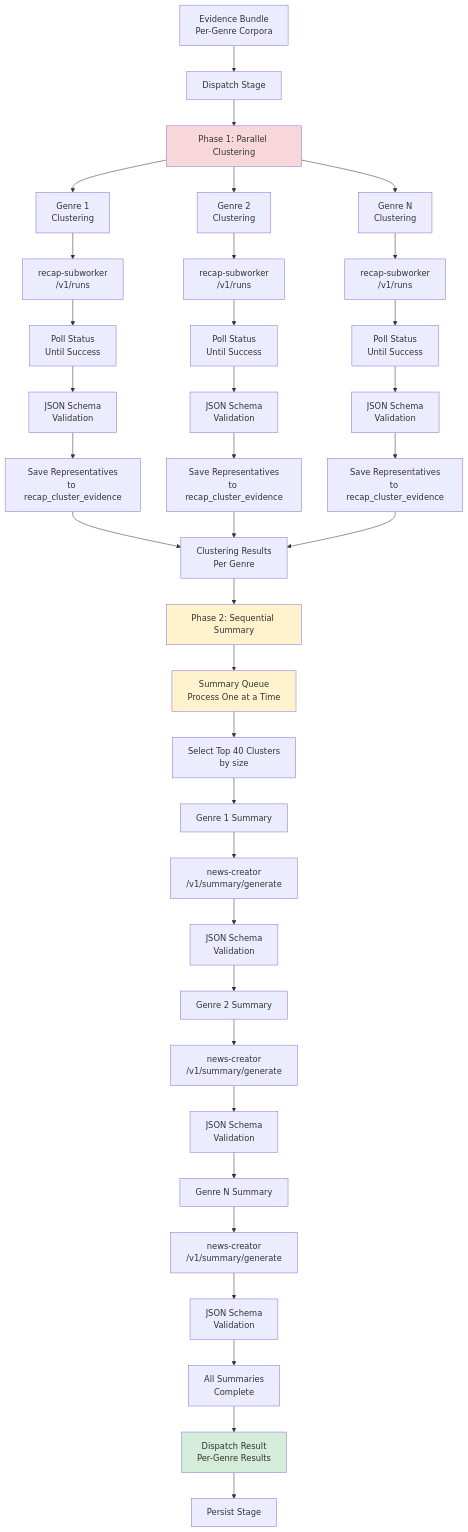
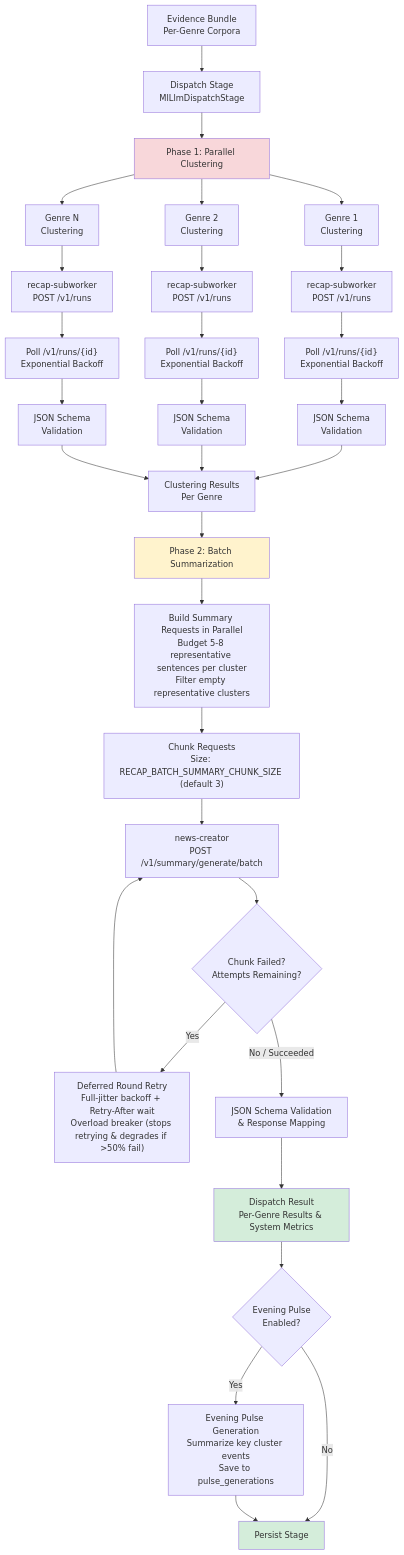
Before and after one commit to Kaikei-e/Alt: the third of 6 diagrams in recap-worker/recap-worker/PIPELINE_FLOW.md, drawn with Mermaid. The commit also changed other lines of this file and 4 other files, not shown here.

Commit message:
docs: refresh architecture, recap pipeline and testing diagrams

````diff
--- a/recap-worker/recap-worker/PIPELINE_FLOW.md
+++ b/recap-worker/recap-worker/PIPELINE_FLOW.md
@@ -155,58 +167,54 @@
 ```mermaid
 flowchart TB
-    Evidence[Evidence Bundle<br/>Per-Genre Corpora] --> Dispatch[Dispatch Stage]
+    Evidence["Evidence Bundle<br/>Per-Genre Corpora"] --> Dispatch["Dispatch Stage<br/>MlLlmDispatchStage"]
 
-    Dispatch --> Phase1[Phase 1: Parallel Clustering]
+    Dispatch --> Phase1["Phase 1: Parallel Clustering"]
 
-    Phase1 --> Genre1[Genre 1<br/>Clustering]
-    Phase1 --> Genre2[Genre 2<br/>Clustering]
-    Phase1 --> GenreN[Genre N<br/>Clustering]
+    Phase1 --> Genre1["Genre 1<br/>Clustering"]
+    Phase1 --> Genre2["Genre 2<br/>Clustering"]
+    Phase1 --> GenreN["Genre N<br/>Clustering"]
 
-    Genre1 --> Subworker1[recap-subworker<br/>/v1/runs]
-    Genre2 --> Subworker2[recap-subworker<br/>/v1/runs]
-    GenreN --> SubworkerN[recap-subworker<br/>/v1/runs]
+    Genre1 --> Subworker1["recap-subworker<br/>POST /v1/runs"]
+    Genre2 --> Subworker2["recap-subworker<br/>POST /v1/runs"]
+    GenreN --> SubworkerN["recap-subworker<br/>POST /v1/runs"]
 
-    Subworker1 --> Poll1[Poll Status<br/>Until Success]
-    Subworker2 --> Poll2[Poll Status<br/>Until Success]
-    SubworkerN --> PollN[Poll Status<br/>Until Success]
+    Subworker1 --> Poll1["Poll /v1/runs/{id}<br/>Exponential Backoff"]
+    Subworker2 --> Poll2["Poll /v1/runs/{id}<br/>Exponential Backoff"]
+    SubworkerN --> PollN["Poll /v1/runs/{id}<br/>Exponential Backoff"]
 
-    Poll1 --> Validate1[JSON Schema<br/>Validation]
-    Poll2 --> Validate2[JSON Schema<br/>Validation]
-    PollN --> ValidateN[JSON Schema<br/>Validation]
+    Poll1 --> Validate1["JSON Schema<br/>Validation"]
+    Poll2 --> Validate2["JSON Schema<br/>Validation"]
+    PollN --> ValidateN["JSON Schema<br/>Validation"]
 
-    Validate1 --> SaveEvidence1[Save Representatives<br/>to recap_cluster_evidence]
-    Validate2 --> SaveEvidence2[Save Representatives<br/>to recap_cluster_evidence]
-    ValidateN --> SaveEvidenceN[Save Representatives<br/>to recap_cluster_evidence]
+    Validate1 --> ClusterResults["Clustering Results<br/>Per Genre"]
+    Validate2 --> ClusterResults
+    ValidateN --> ClusterResults
 
-    SaveEvidence1 --> ClusterResults[Clustering Results<br/>Per Genre]
-    SaveEvidence2 --> ClusterResults
-    SaveEvidenceN --> ClusterResults
+    ClusterResults --> Phase2["Phase 2: Batch Summarization"]
 
-    ClusterResults --> Phase2[Phase 2: Sequential Summary]
+    Phase2 --> BuildRequests["Build Summary Requests in Parallel<br/>Budget 5-8 representative sentences per cluster<br/>Filter empty representative clusters"]
 
-    Phase2 --> Queue[Summary Queue<br/>Process One at a Time]
+    BuildRequests --> ChunkRequests["Chunk Requests<br/>Size: RECAP_BATCH_SUMMARY_CHUNK_SIZE (default 3)"]
 
-    Queue --> SelectTop[Select Top 40 Clusters<br/>by size]
+    ChunkRequests --> BatchCall["news-creator<br/>POST /v1/summary/generate/batch"]
 
-    SelectTop --> Summary1[Genre 1 Summary]
-    Summary1 --> NewsCreator1[news-creator<br/>/v1/summary/generate]
-    NewsCreator1 --> ValidateSum1[JSON Schema<br/>Validation]
-    ValidateSum1 --> Summary2[Genre 2 Summary]
+    BatchCall --> DeferredCheck{"Chunk Failed?<br/>Attempts Remaining?"}
 
-    Summary2 --> NewsCreator2[news-creator<br/>/v1/summary/generate]
-    NewsCreator2 --> ValidateSum2[JSON Schema<br/>Validation]
-    ValidateSum2 --> SummaryN[Genre N Summary]
+    DeferredCheck -->|Yes| DeferredRetry["Deferred Round Retry<br/>Full-jitter backoff + Retry-After wait<br/>Overload breaker (stops retrying &amp; degrades if &gt;50% fail)"]
+    DeferredRetry --> BatchCall
 
-    SummaryN --> NewsCreatorN[news-creator<br/>/v1/summary/generate]
-    NewsCreatorN --> ValidateSumN[JSON Schema<br/>Validation]
-    ValidateSumN --> AllSummaries[All Summaries<br/>Complete]
+    DeferredCheck -->|No / Succeeded| ValidateBatch["JSON Schema Validation<br/>&amp; Response Mapping"]
 
-    AllSummaries --> DispatchResult[Dispatch Result<br/>Per-Genre Results]
+    ValidateBatch --> DispatchResult["Dispatch Result<br/>Per-Genre Results &amp; System Metrics"]
 
-    DispatchResult --> Persist[Persist Stage]
+    DispatchResult --> EveningPulseCheck{"Evening Pulse<br/>Enabled?"}
+
+    EveningPulseCheck -->|Yes| EveningPulse["Evening Pulse Generation<br/>Summarize key cluster events<br/>Save to pulse_generations"]
+    EveningPulseCheck -->|No| Persist
+    EveningPulse --> Persist["Persist Stage"]
 
     style Phase1 fill:#f8d7da
     style Phase2 fill:#fff3cd
-    style Queue fill:#fff3cd
     style DispatchResult fill:#d4edda
+    style Persist fill:#d4edda
 ```
````
